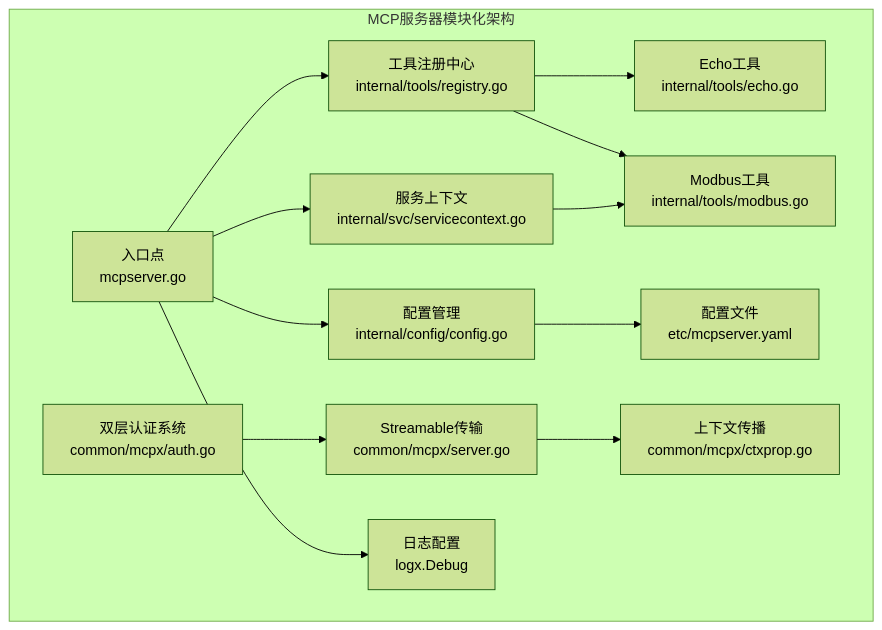
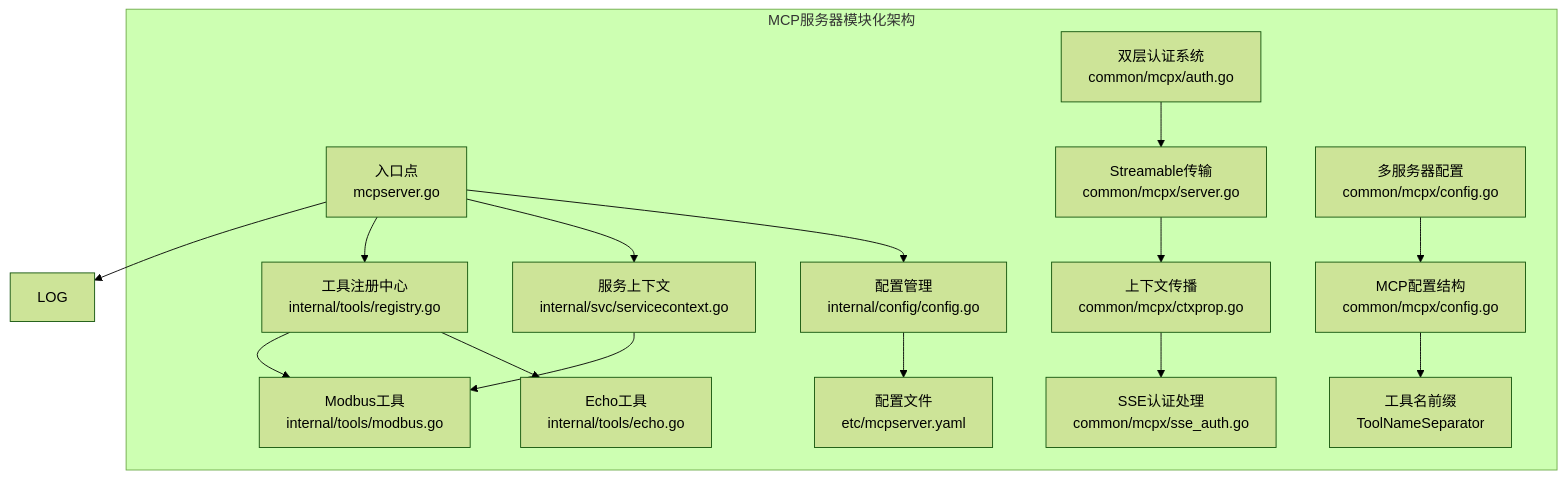
The first of 15 diagrams in .qoder/repowiki/zh/content/AI应用模块/MCP服务器.md (maomao94/zero-service), drawn with Mermaid (forest theme) before and after one commit. The commit also changed other lines of this file and 11 other files, not shown here.

````diff
--- a/.qoder/repowiki/zh/content/AI应用模块/MCP服务器.md
+++ b/.qoder/repowiki/zh/content/AI应用模块/MCP服务器.md
@@ -119,26 +128,32 @@
 ```mermaid
 graph TB
 subgraph "MCP服务器模块化架构"
 CFG["配置管理<br/>internal/config/config.go"]
 CTX["服务上下文<br/>internal/svc/servicecontext.go"]
 REG["工具注册中心<br/>internal/tools/registry.go"]
 ECHO["Echo工具<br/>internal/tools/echo.go"]
 MODBUS["Modbus工具<br/>internal/tools/modbus.go"]
 ENTRY["入口点<br/>mcpserver.go"]
 CONF["配置文件<br/>etc/mcpserver.yaml"]
 AUTH["双层认证系统<br/>common/mcpx/auth.go"]
 STREAM["Streamable传输<br/>common/mcpx/server.go"]
 CTXPROP["上下文传播<br/>common/mcpx/ctxprop.go"]
-LOG["日志配置<br/>logx.Debug"]
+SSEAUTH["SSE认证处理<br/>common/mcpx/sse_auth.go"]
+MSERVER["多服务器配置<br/>common/mcpx/config.go"]
+MCPCFG["MCP配置结构<br/>common/mcpx/config.go"]
+ENDPOINT["工具名前缀<br/>ToolNameSeparator"]
 end
 ENTRY --> CFG
 ENTRY --> CTX
 ENTRY --> REG
 REG --> ECHO
 REG --> MODBUS
 CTX --> MODBUS
 CFG --> CONF
 AUTH --> STREAM
 STREAM --> CTXPROP
+CTXPROP --> SSEAUTH
 ENTRY --> LOG
+MSERVER --> MCPCFG
+MCPCFG --> ENDPOINT
 ```
````
